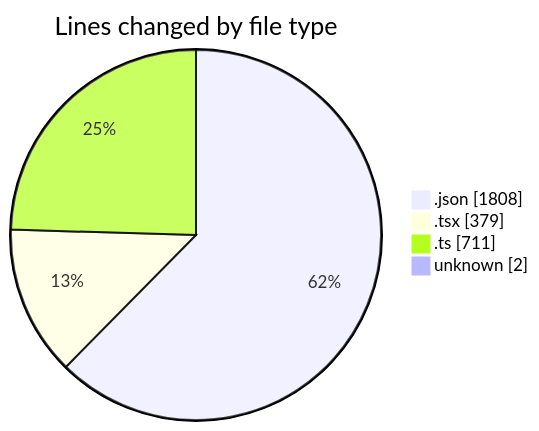
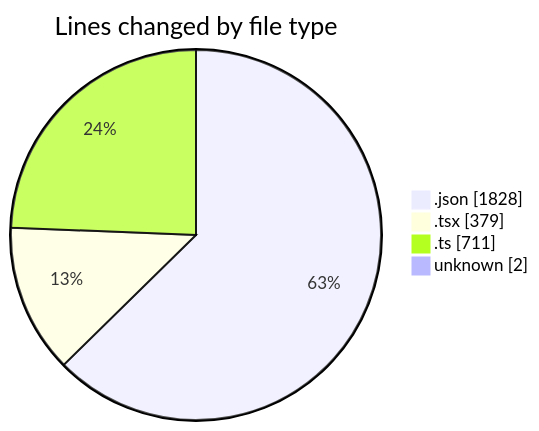
The first of 2 diagrams in 2025-11-19/eventscop-frontend-guide__workspace_/README.md (julien-gomy/code-tracking), drawn with Mermaid before and after one commit. The commit also changed other lines of this file and 1 other file, not shown here.

````diff
--- a/2025-11-19/eventscop-frontend-guide__workspace_/README.md
+++ b/2025-11-19/eventscop-frontend-guide__workspace_/README.md
@@ -40,8 +40,8 @@
 ```mermaid
 pie showData
 title Lines changed by file type
-".json" : 1808
+".json" : 1828
 ".tsx" : 379
 ".ts" : 711
 "unknown" : 2
 ```
````
